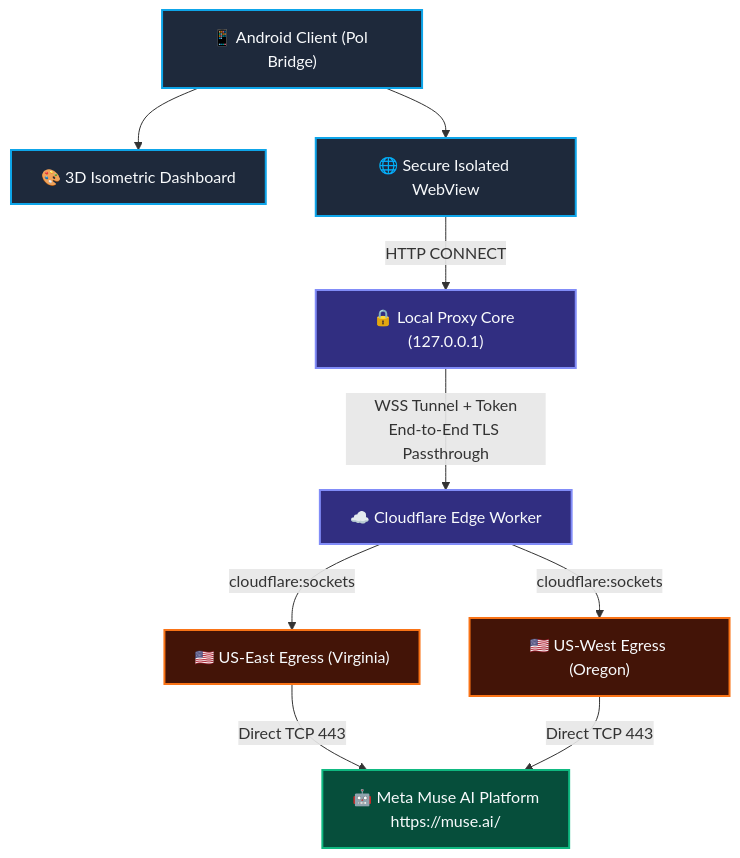
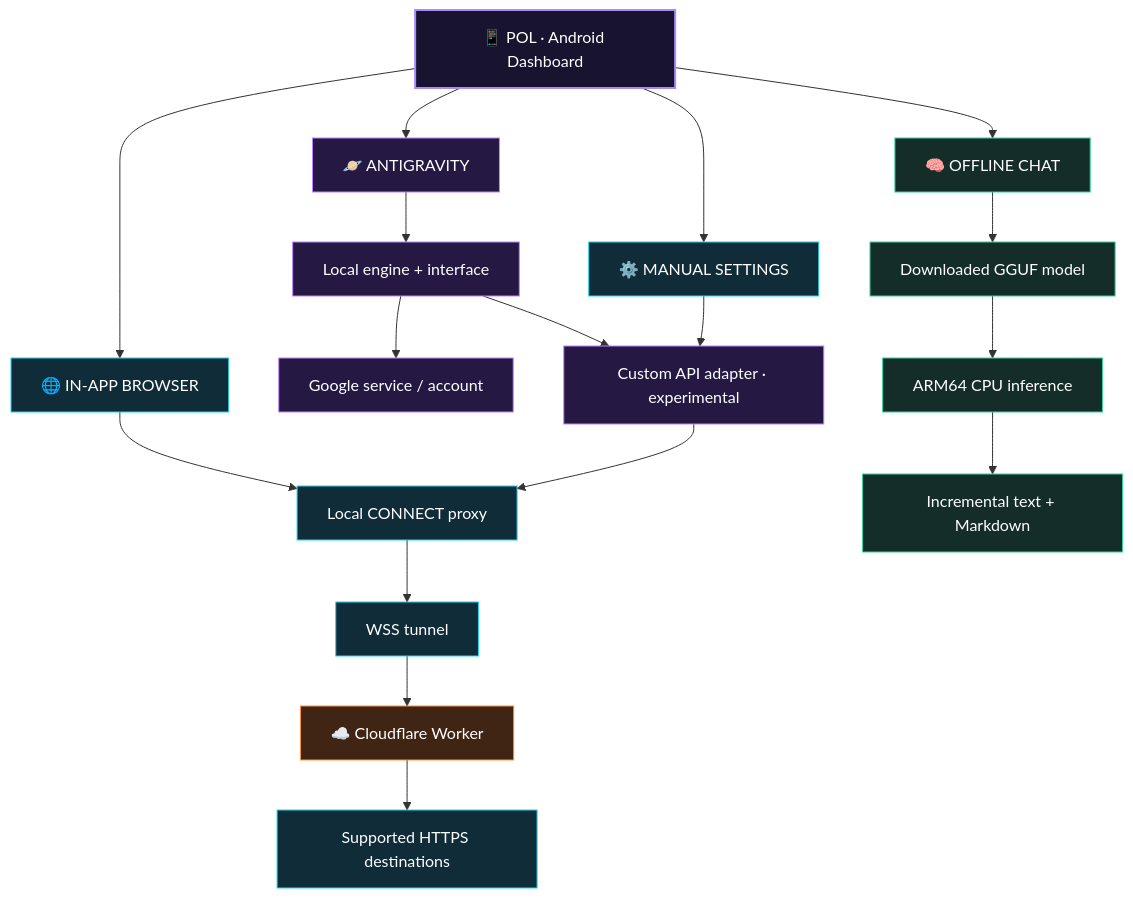
Before and after one commit to Solina-Projects/pol-cloudflare-bridge: the diagram in README.md, drawn with Mermaid. The commit also changed other lines of this file and 6 other files, not shown here.

````diff
--- a/README.md
+++ b/README.md
@@ -59,25 +75,33 @@
 ```mermaid
-graph TD
-    Client["📱 Android Client (Pol Bridge)"] --> UI["🎨 3D Isometric Dashboard"]
-    Client --> WebView["🌐 Secure Isolated WebView"]
-    
-    WebView -->|"HTTP CONNECT"| Proxy["🔒 Local Proxy Core (127.0.0.1)"]
-    
-    Proxy -->|"WSS Tunnel + Token<br/>End-to-End TLS Passthrough"| Worker["☁️ Cloudflare Edge Worker"]
-    
-    Worker -->|"cloudflare:sockets"| US_East["🇺🇸 US-East Egress (Virginia)"]
-    Worker -->|"cloudflare:sockets"| US_West["🇺🇸 US-West Egress (Oregon)"]
-    
-    US_East -->|"Direct TCP 443"| Target["🤖 Meta Muse AI Platform<br/>https://muse.ai/"]
-    US_West -->|"Direct TCP 443"| Target
+flowchart TD
+    App["📱 POL · Android Dashboard"]
+    App --> AG["🪐 ANTIGRAVITY"]
+    App --> Web["🌐 IN-APP BROWSER"]
+    App --> Off["🧠 OFFLINE CHAT"]
+    App --> Settings["⚙️ MANUAL SETTINGS"]
 
-    classDef c1 fill:#1e293b,stroke:#0ea5e9,stroke-width:2px,color:#f8fafc;
-    classDef c2 fill:#312e81,stroke:#818cf8,stroke-width:2px,color:#f8fafc;
-    classDef c3 fill:#431407,stroke:#f97316,stroke-width:2px,color:#f8fafc;
-    classDef c4 fill:#064e3b,stroke:#10b981,stroke-width:2px,color:#f8fafc;
+    AG --> Runtime["Local engine + interface"]
+    Runtime --> Google["Google service / account"]
+    Runtime --> Adapter["Custom API adapter · experimental"]
+    Settings --> Adapter
+    Web --> Proxy["Local CONNECT proxy"]
+    Adapter --> Proxy
+    Proxy --> WSS["WSS tunnel"]
+    WSS --> Worker["☁️ Cloudflare Worker"]
+    Worker --> Services["Supported HTTPS destinations"]
 
-    class Client,UI,WebView c1;
-    class Proxy,Worker c2;
-    class US_East,US_West c3;
-    class Target c4;
+    Off --> Models["Downloaded GGUF model"]
+    Models --> CPU["ARM64 CPU inference"]
+    CPU --> Stream["Incremental text + Markdown"]
+
+    classDef root fill:#18132f,stroke:#a78bfa,color:#fff,stroke-width:2px;
+    classDef ag fill:#251943,stroke:#c084fc,color:#fff;
+    classDef net fill:#102c38,stroke:#22d3ee,color:#fff;
+    classDef off fill:#142d29,stroke:#34d399,color:#fff;
+    classDef cloud fill:#402515,stroke:#fb923c,color:#fff;
+    class App root;
+    class AG,Runtime,Google,Adapter ag;
+    class Web,Settings,Proxy,WSS,Services net;
+    class Off,Models,CPU,Stream off;
+    class Worker cloud;
 ```
````
